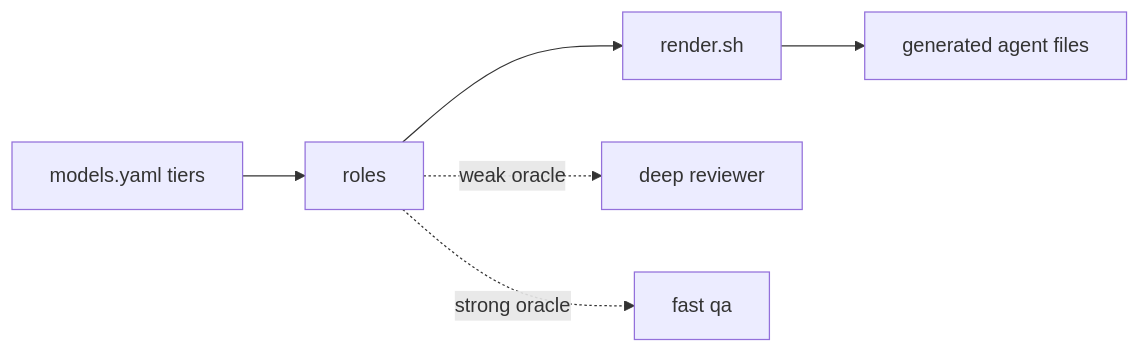
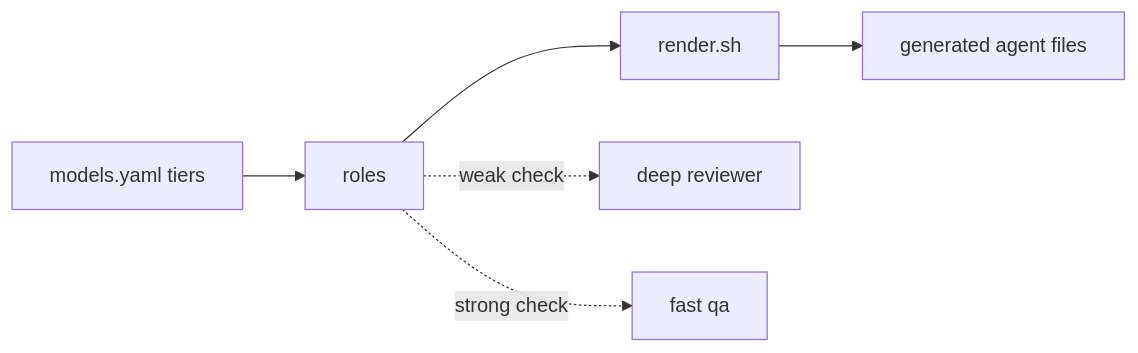
The fifth of 5 diagrams in README.md (lucamezzalira/harness-loop-engineering), drawn with Mermaid before and after one commit. The commit also changed other lines of this file and 3 other files, not shown here.

````diff
--- a/README.md
+++ b/README.md
@@ -234,8 +403,8 @@
 ```mermaid
 flowchart LR
   M[models.yaml tiers] --> R[roles]
   R --> G[render.sh]
   G --> F[generated agent files]
-  R -.->|weak oracle| D[deep reviewer]
-  R -.->|strong oracle| Q[fast qa]
+  R -.->|weak check| D[deep reviewer]
+  R -.->|strong check| Q[fast qa]
 ```
````
